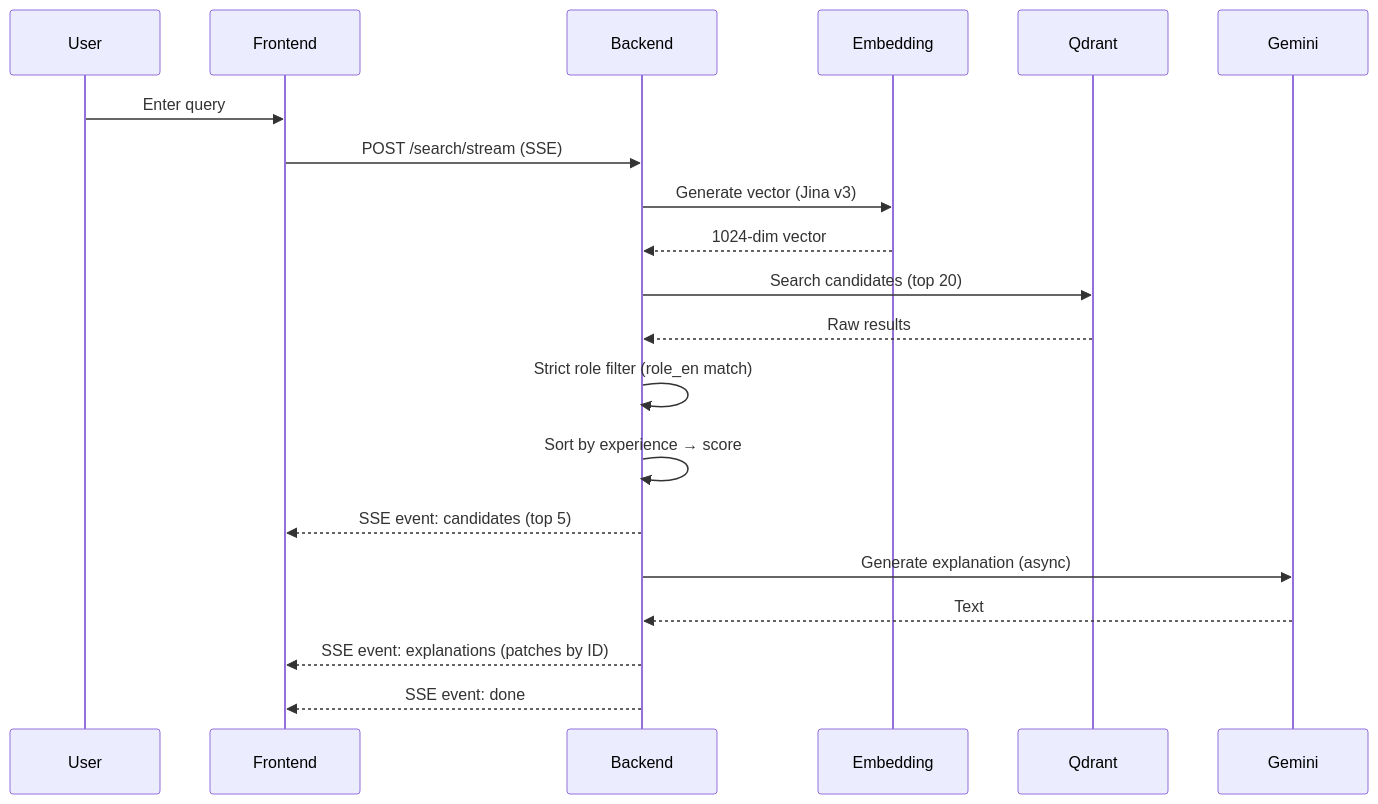
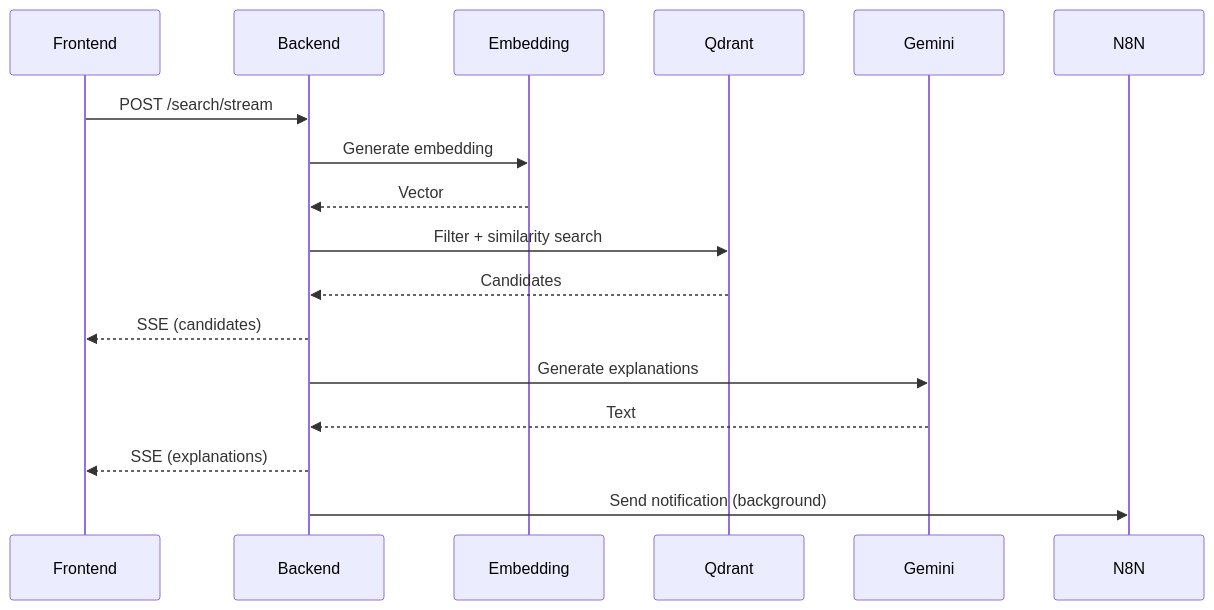
Before and after one commit to nngo23/Implementing-IoT-Pipeline: the first of 2 diagrams in Candidate_Search_System/docs/API_DOCUMENTATION.md, drawn with Mermaid. The commit also changed other lines of this file and 7 other files, not shown here.

````diff
--- a/Candidate_Search_System/docs/API_DOCUMENTATION.md
+++ b/Candidate_Search_System/docs/API_DOCUMENTATION.md
@@ -25,28 +87,26 @@
 ```mermaid
 sequenceDiagram
-participant User
 participant Frontend
 participant Backend
 participant Embedding
 participant Qdrant
 participant Gemini
+participant N8N
 
-    User->>Frontend: Enter query
-    Frontend->>Backend: POST /search/stream (SSE)
+Frontend->>Backend: POST /search/stream
 
-    Backend->>Embedding: Generate vector (Jina v3)
-    Embedding-->>Backend: 1024-dim vector
+Backend->>Embedding: Generate embedding
+Embedding-->>Backend: Vector
 
-    Backend->>Qdrant: Search candidates (top 20)
-    Qdrant-->>Backend: Raw results
+Backend->>Qdrant: Filter + similarity search
+Qdrant-->>Backend: Candidates
 
-    Backend->>Backend: Strict role filter (role_en match)
-    Backend->>Backend: Sort by experience → score
-    Backend-->>Frontend: SSE event: candidates (top 5)
+Backend-->>Frontend: SSE (candidates)
 
-    Backend->>Gemini: Generate explanation (async)
-    Gemini-->>Backend: Text
+Backend->>Gemini: Generate explanations
+Gemini-->>Backend: Text
 
-    Backend-->>Frontend: SSE event: explanations (patches by ID)
-    Backend-->>Frontend: SSE event: done
+Backend-->>Frontend: SSE (explanations)
+
+Backend->>N8N: Send notification (background)
 ```
````
